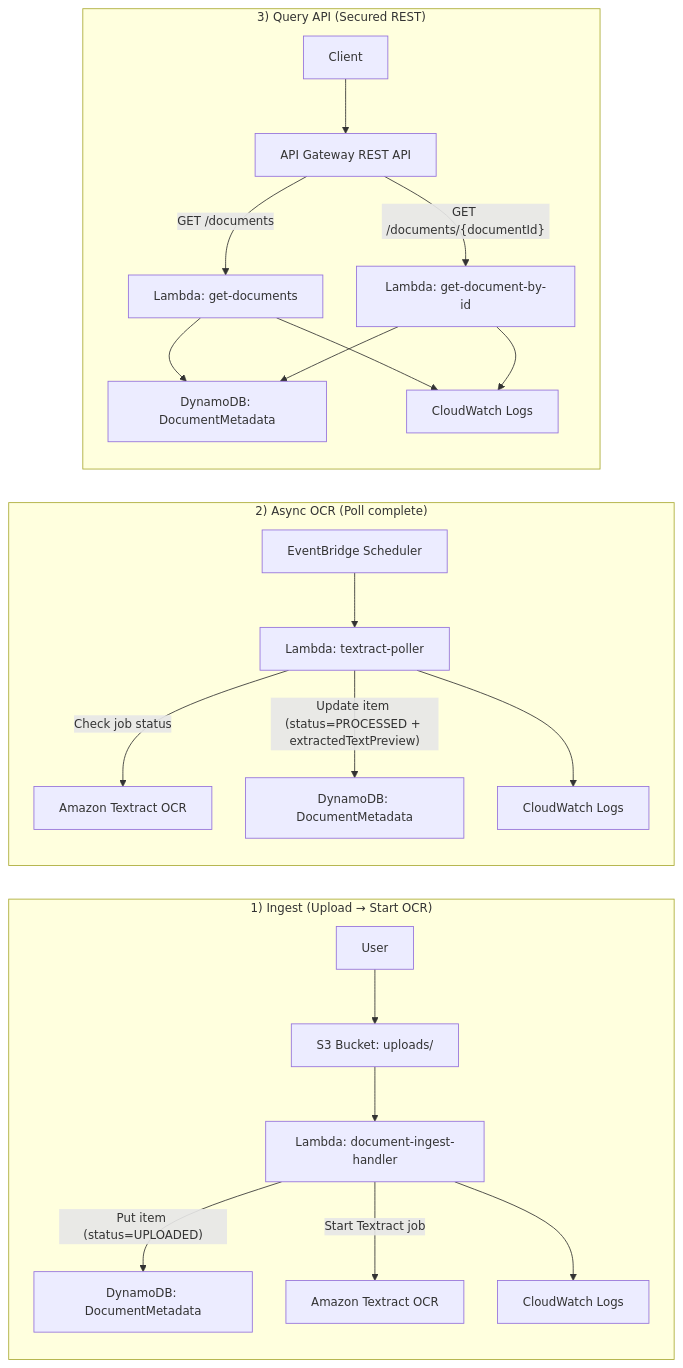
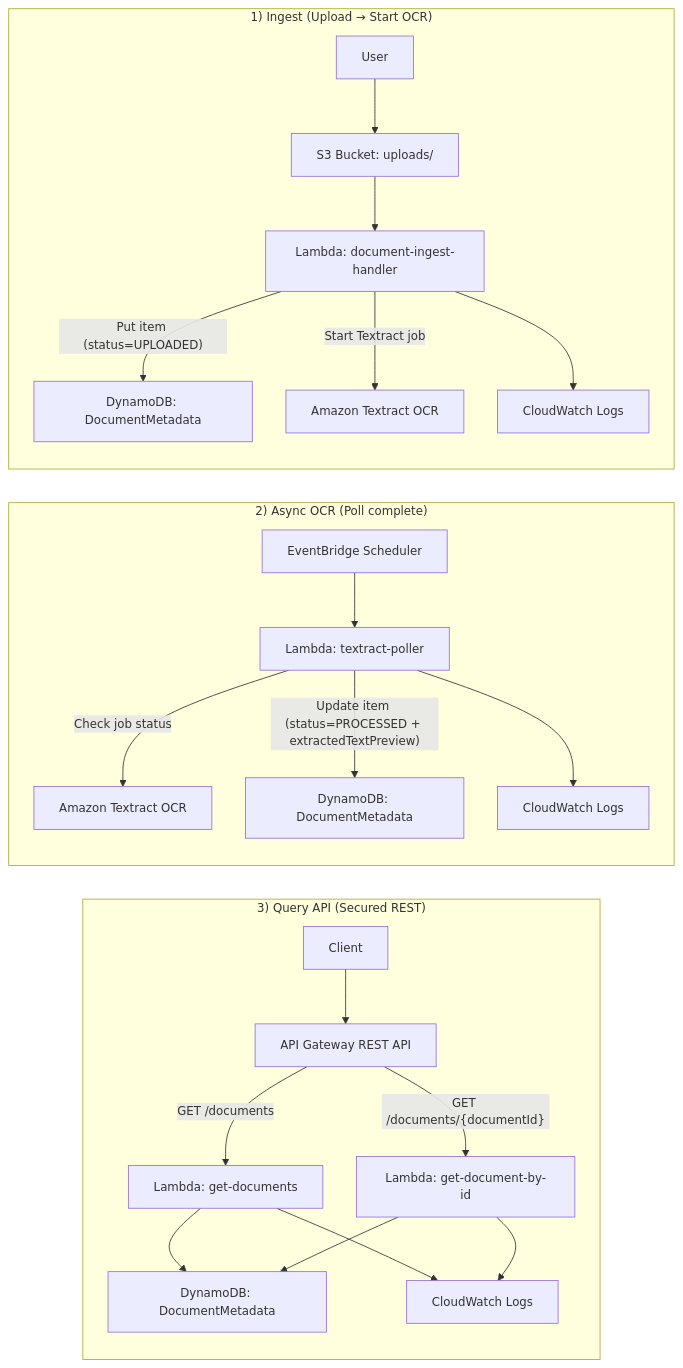
Before and after one commit to YogithR/Serverless-Document-Processing-Pipeline-AWS-: the diagram in README.md, drawn with Mermaid.

````diff
--- a/README.md
+++ b/README.md
@@ -12,34 +12,32 @@
 ```mermaid
 %%{init: {"flowchart": {"nodeSpacing": 40, "rankSpacing": 40, "curve": "basis"}, "themeVariables": {"fontSize": "14px"}} }%%
 flowchart LR
-
-subgraph ING["1) Ingest (Upload → Start OCR)"]
-direction TB
-U[User] --> S3["S3 Bucket: uploads/"]
-S3 --> L1["Lambda: document-ingest-handler"]
-L1 -->|"Put item (status=UPLOADED)"| DDB1["DynamoDB: DocumentMetadata"]
-L1 -->|"Start Textract job"| TX1["Amazon Textract OCR"]
-L1 --> CW1["CloudWatch Logs"]
-end
-
-subgraph ASYNC["2) Async OCR (Poll complete)"]
-direction TB
-EB["EventBridge Scheduler"] --> L2["Lambda: textract-poller"]
-L2 -->|"Check job status"| TX2["Amazon Textract OCR"]
-L2 -->|"Update item (status=PROCESSED + extractedTextPreview)"| DDB2["DynamoDB: DocumentMetadata"]
-L2 --> CW2["CloudWatch Logs"]
-end
 
 subgraph API["3) Query API (Secured REST)"]
 direction TB
 C[Client] --> APIGW["API Gateway REST API"]
 APIGW -->|"GET /documents"| L3["Lambda: get-documents"]
 APIGW -->|"GET /documents/{documentId}"| L4["Lambda: get-document-by-id"]
 L3 --> DDB3["DynamoDB: DocumentMetadata"]
 L4 --> DDB3
 L3 --> CW3["CloudWatch Logs"]
 L4 --> CW3
 end
 
+subgraph ASYNC["2) Async OCR (Poll complete)"]
+direction TB
+EB["EventBridge Scheduler"] --> L2["Lambda: textract-poller"]
+L2 -->|"Check job status"| TX2["Amazon Textract OCR"]
+L2 -->|"Update item (status=PROCESSED + extractedTextPreview)"| DDB2["DynamoDB: DocumentMetadata"]
+L2 --> CW2["CloudWatch Logs"]
+end
 
+subgraph ING["1) Ingest (Upload → Start OCR)"]
+direction TB
+U[User] --> S3["S3 Bucket: uploads/"]
+S3 --> L1["Lambda: document-ingest-handler"]
+L1 -->|"Put item (status=UPLOADED)"| DDB1["DynamoDB: DocumentMetadata"]
+L1 -->|"Start Textract job"| TX1["Amazon Textract OCR"]
+L1 --> CW1["CloudWatch Logs"]
+end
 ```
````
